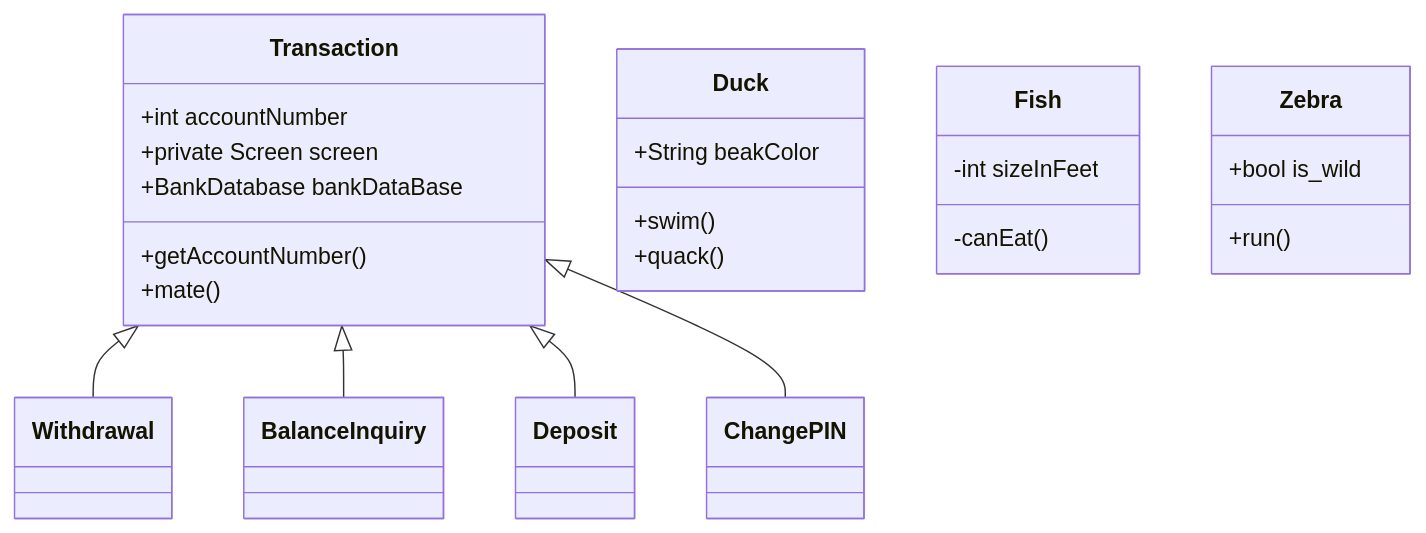
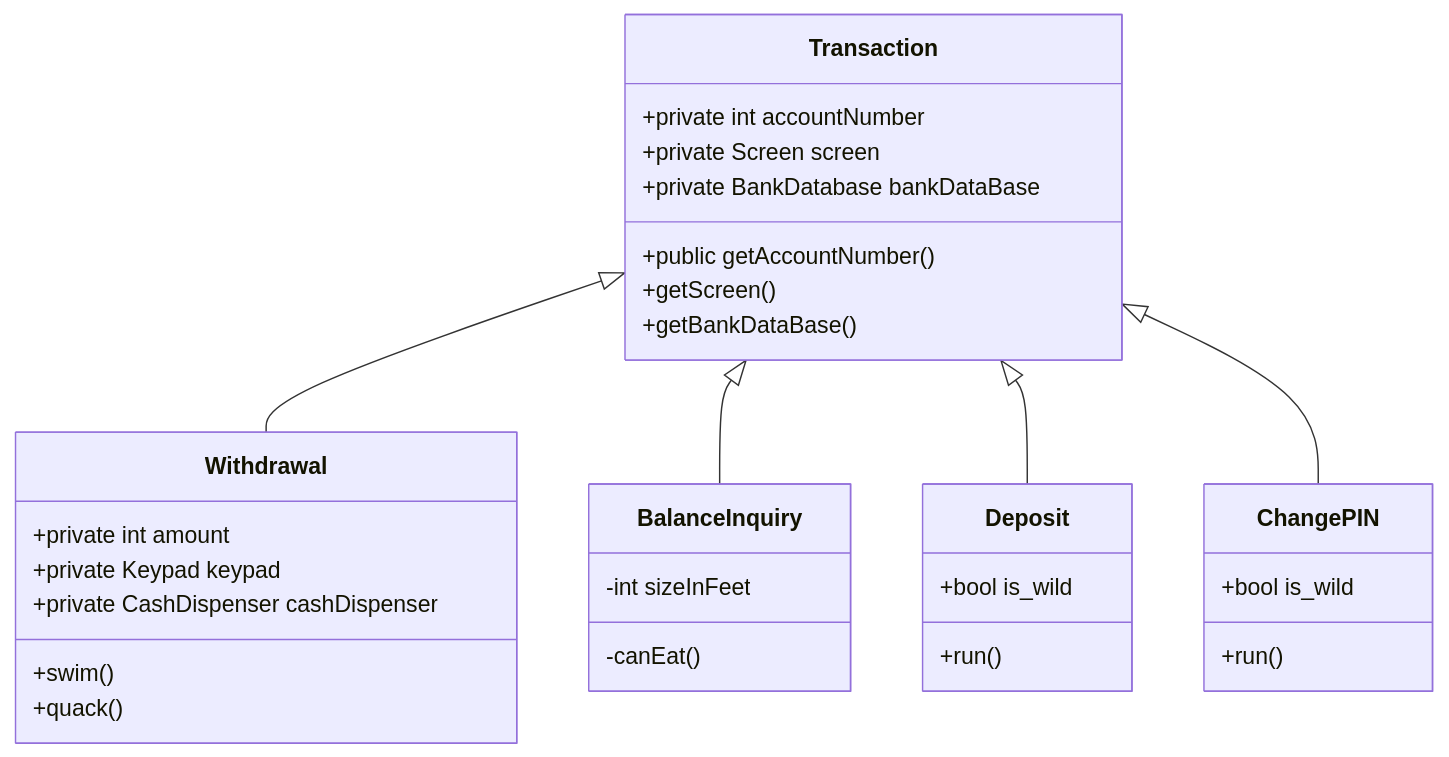
The diagram in README.md (octochet/ATM), drawn with Mermaid before and after one commit.

````diff
--- a/README.md
+++ b/README.md
@@ -67,25 +67,32 @@
 ```mermaid
 classDiagram
       Transaction <|-- Withdrawal
       Transaction <|-- BalanceInquiry
       Transaction <|-- Deposit
       Transaction <|-- ChangePIN
-      Transaction : +int accountNumber
+      Transaction : +private int accountNumber
       Transaction : +private Screen screen
-      Transaction : +BankDatabase bankDataBase
-      Transaction: +getAccountNumber()
-      Transaction: +mate()
-      class Duck{
-          +String beakColor
+      Transaction : +private BankDatabase bankDataBase
+      Transaction: +public getAccountNumber()
+      Transaction: +getScreen()
+      Transaction: +getBankDataBase()
+      class Withdrawal{
+          +private int amount
+          +private Keypad keypad
+          +private CashDispenser cashDispenser
           +swim()
           +quack()
       }
-      class Fish{
+      class BalanceInquiry{
           -int sizeInFeet
           -canEat()
       }
-      class Zebra{
+      class Deposit{
+          +bool is_wild
+          +run()
+      }
+      class ChangePIN{
           +bool is_wild
           +run()
       }
 ```
````
